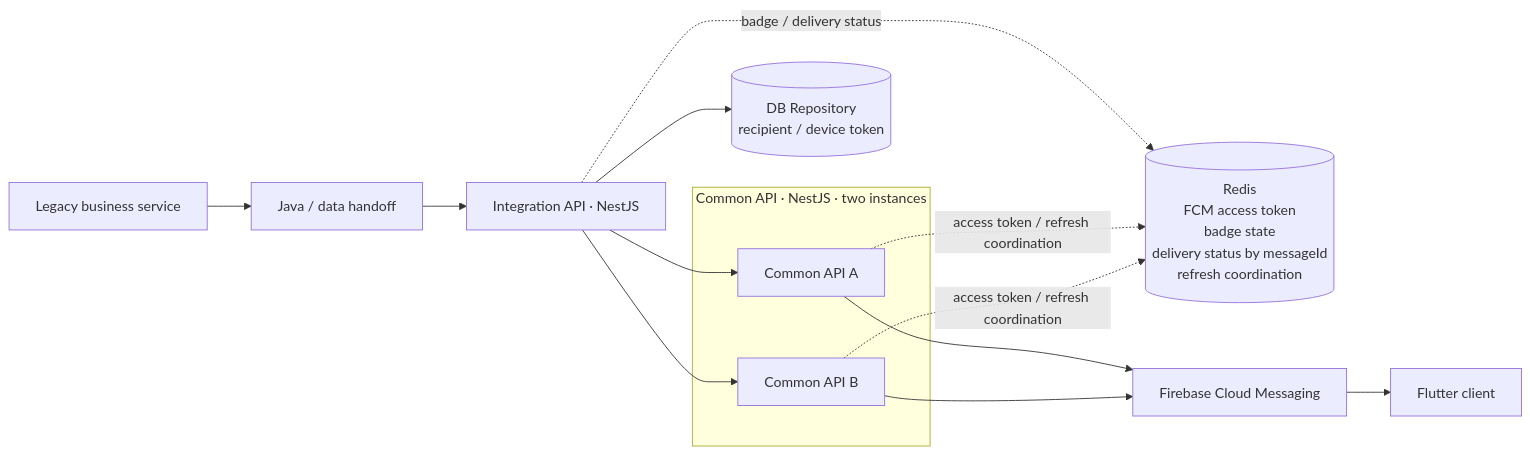
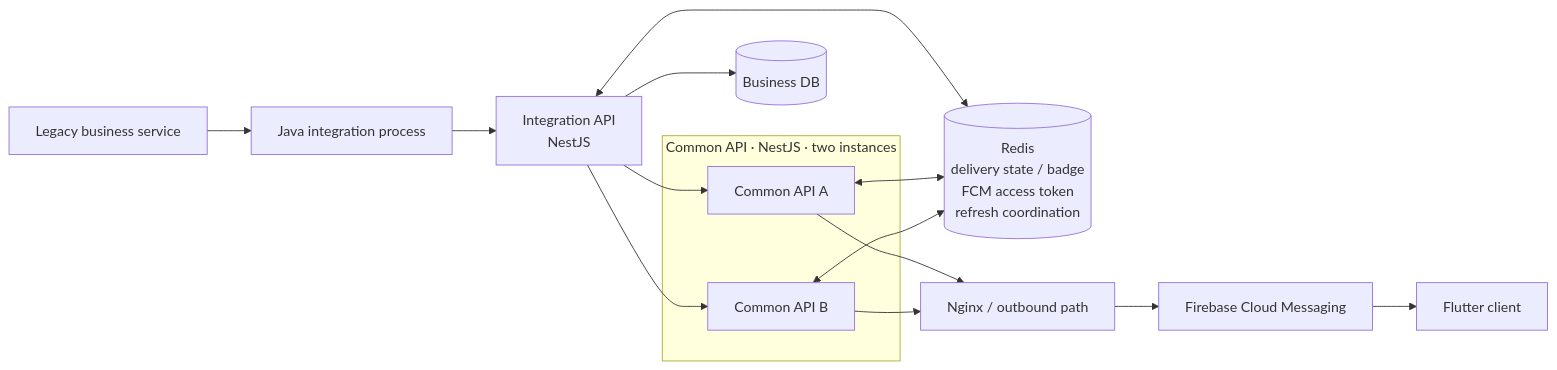
One commit to clsung7911/reliable-messaging-platform changed the diagram in README.md. Above: the diagram before and after it, drawn with Mermaid. The commit also changed other lines of this file and 38 other files, not shown here.

````diff
--- a/README.md
+++ b/README.md
@@ -13,27 +13,30 @@
 ```mermaid
 flowchart LR
     L[Legacy business service]
-    J[Java / data handoff]
-    M[Integration API · NestJS]
-    DB[(DB Repository<br/>recipient / device token)]
+    J[Java integration process]
+    M[Integration API<br/>NestJS]
+    DB[(Business DB)]
+    R[(Redis<br/>delivery state / badge<br/>FCM access token<br/>refresh coordination)]
 
     subgraph COMMON[Common API · NestJS · two instances]
         C1[Common API A]
         C2[Common API B]
     end
 
-    R[(Redis<br/>FCM access token<br/>badge state<br/>delivery status by messageId<br/>refresh coordination)]
+    N[Nginx / outbound path]
     F[Firebase Cloud Messaging]
     D[Flutter client]
 
-    L --> J --> M
+    L --> J
+    J --> M
     M --> DB
+    M <--> R
     M --> C1
     M --> C2
-    M -. badge / delivery status .-> R
-    C1 -. access token / refresh coordination .-> R
-    C2 -. access token / refresh coordination .-> R
-    C1 --> F
-    C2 --> F
+    C1 <--> R
+    C2 <--> R
+    C1 --> N
+    C2 --> N
+    N --> F
     F --> D
 ```
````
